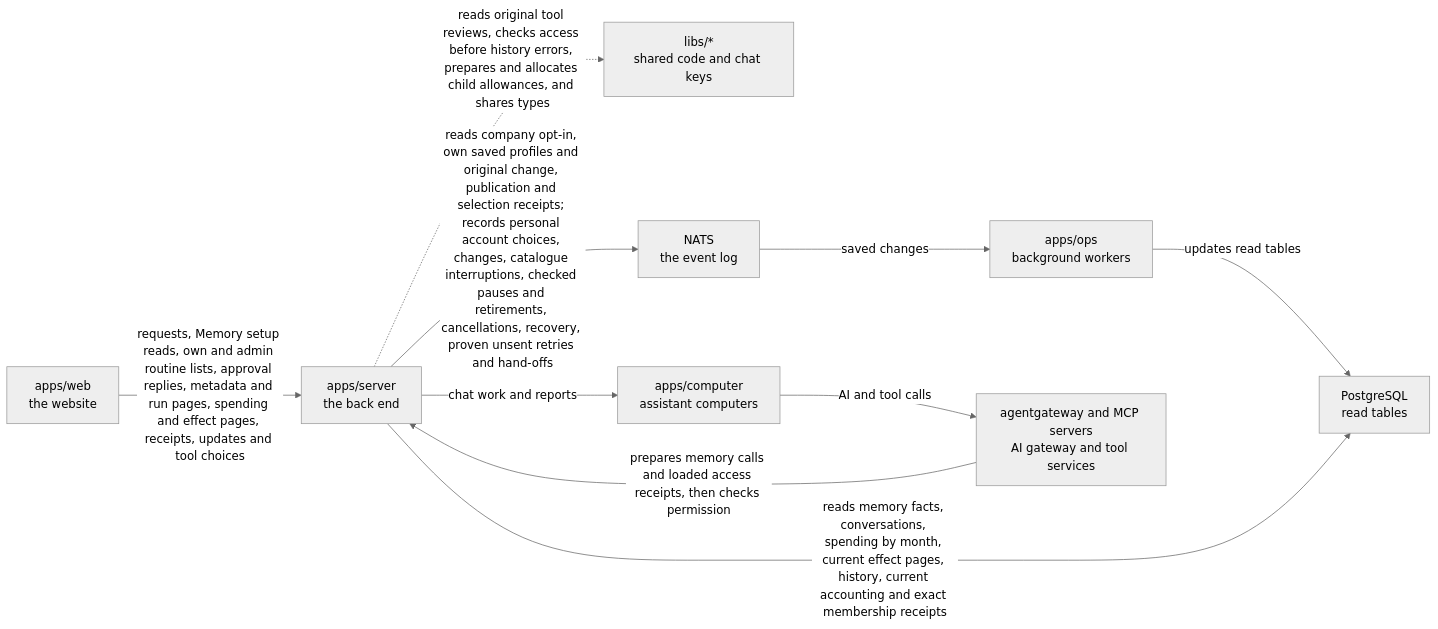
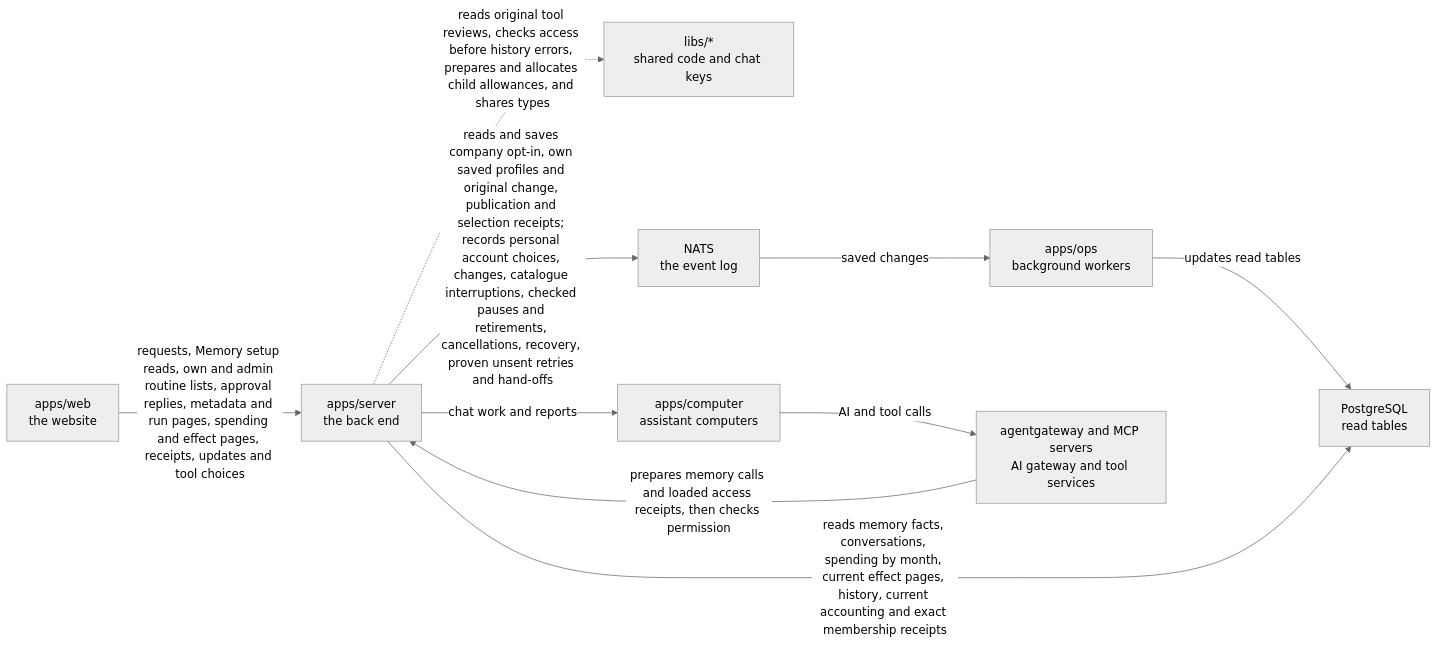
One commit to elewa-git/opencrane-new changed the diagram in apps/server/README.md. Above: the diagram before and after it, drawn with Mermaid (neutral theme). The commit also changed other lines of this file and 7 other files, not shown here.

Commit message:
🔑 Let current admins save company account opt-in

````diff
--- a/apps/server/README.md
+++ b/apps/server/README.md
@@ -72,12 +73,12 @@
 ```mermaid
 flowchart LR
   web["apps/web<br/>the website"] -->|requests, Memory setup reads, own and admin routine lists, approval replies, metadata and run pages, spending and effect pages, receipts, updates and tool choices| server["apps/server<br/>the back end"]
   server -.->|reads original tool reviews, checks access before history errors, prepares and allocates child allowances, and shares types| libs["libs/*<br/>shared code and chat keys"]
-  server -->|reads company opt-in, own saved profiles and original change, publication and selection receipts; records personal account choices, changes, catalogue interruptions, checked pauses and retirements, cancellations, recovery, proven unsent retries and hand-offs| nats["NATS<br/>the event log"]
+  server -->|reads and saves company opt-in, own saved profiles and original change, publication and selection receipts; records personal account choices, changes, catalogue interruptions, checked pauses and retirements, cancellations, recovery, proven unsent retries and hand-offs| nats["NATS<br/>the event log"]
   nats -->|saved changes| ops["apps/ops<br/>background workers"]
   ops -->|updates read tables| postgres["PostgreSQL<br/>read tables"]
   server -->|reads memory facts, conversations, spending by month, current effect pages, history, current accounting and exact membership receipts| postgres
   server -->|chat work and reports| computer["apps/computer<br/>assistant computers"]
   computer -->|AI and tool calls| runtime["agentgateway and MCP servers<br/>AI gateway and tool services"]
   runtime -->|prepares memory calls and loaded access receipts, then checks permission| server
 ```
````
